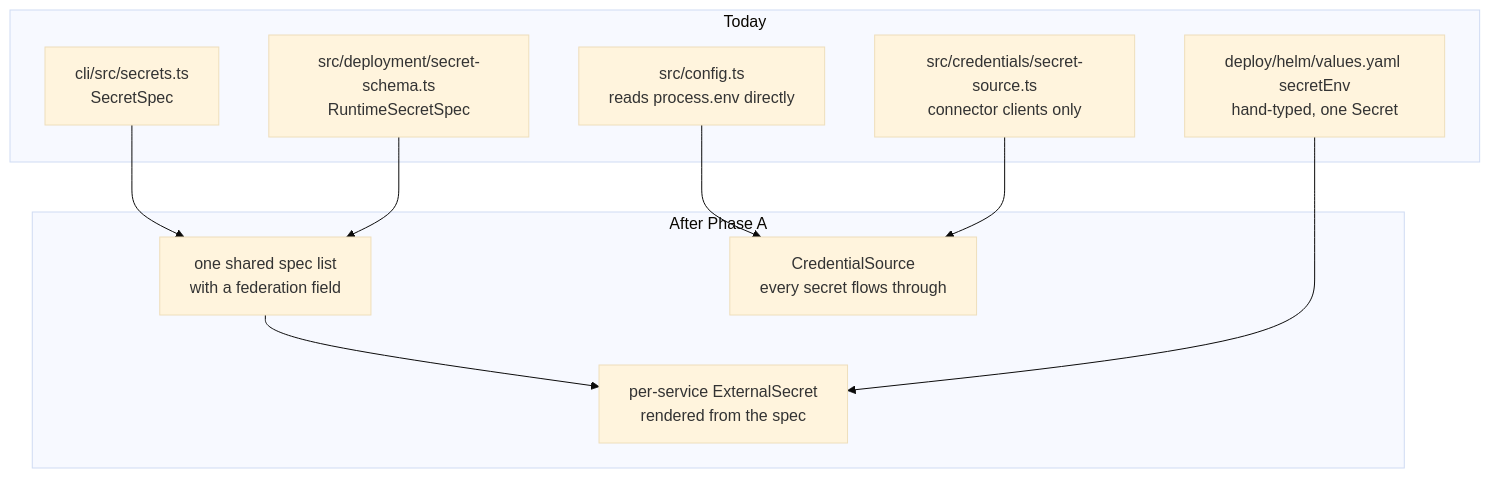
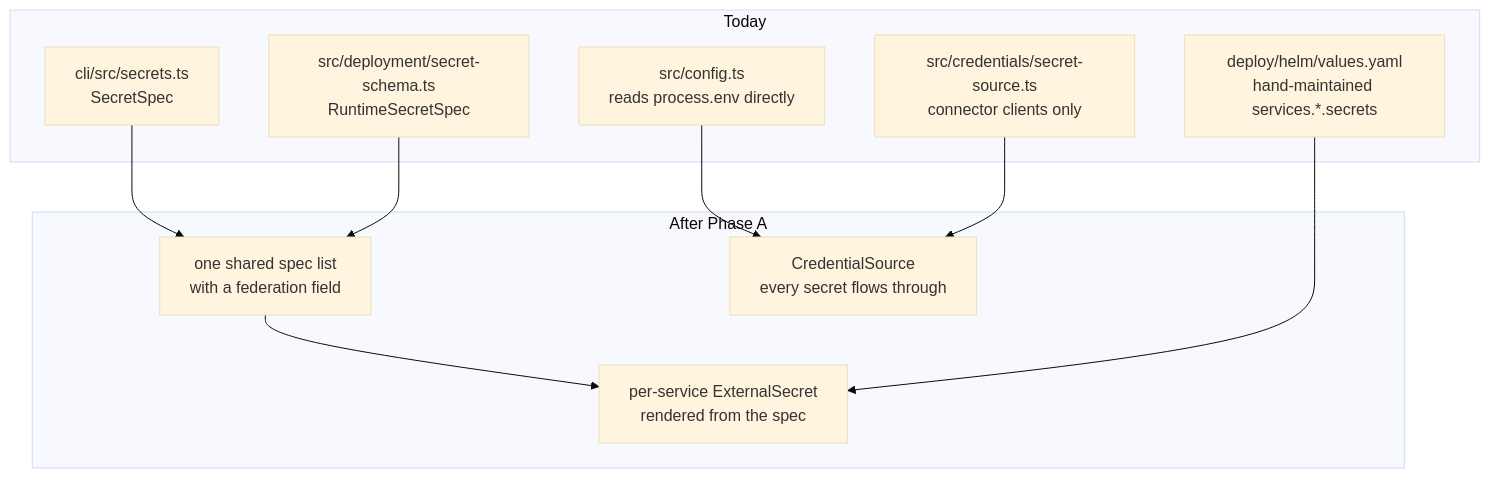
Before and after one commit to agentsky/qm: the third of 5 diagrams in deploy/layers/agentsky/docs/secretless.md, drawn with Mermaid (base theme). The commit also changed other lines of this file and 1 other file, not shown here.

First line of the commit message:
docs: stack the secretless plan on the per-workload Secret split

````diff
--- a/deploy/layers/agentsky/docs/secretless.md
+++ b/deploy/layers/agentsky/docs/secretless.md
@@ -310,23 +319,23 @@
 ```mermaid
 graph TB
   subgraph Now["Today"]
     A1["cli/src/secrets.ts<br/>SecretSpec"]
     B1["src/deployment/secret-schema.ts<br/>RuntimeSecretSpec"]
     C1["src/config.ts<br/>reads process.env directly"]
     D1["src/credentials/secret-source.ts<br/>connector clients only"]
-    H1["deploy/helm/values.yaml secretEnv<br/>hand-typed, one Secret"]
+    H1["deploy/helm/values.yaml<br/>hand-maintained services.*.secrets"]
   end
 
   subgraph After["After Phase A"]
     A2["one shared spec list<br/>with a federation field"]
     D2["CredentialSource<br/>every secret flows through"]
     H2["per-service ExternalSecret<br/>rendered from the spec"]
   end
 
   A1 --> A2
   B1 --> A2
   C1 --> D2
   D1 --> D2
   A2 --> H2
   H1 --> H2
 ```
````
